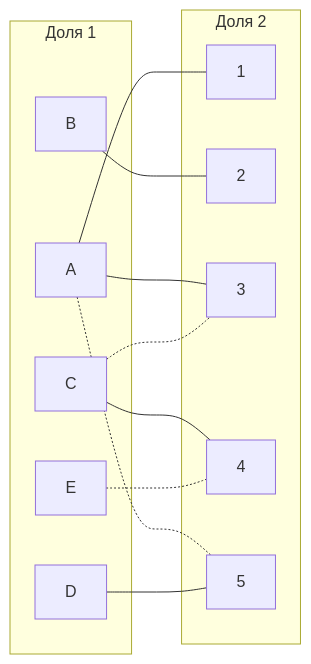
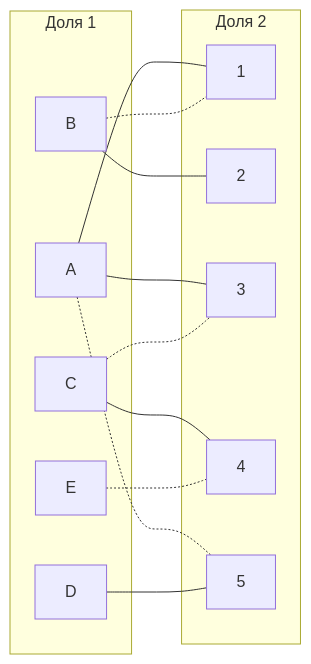
The sixth of 9 diagrams in task_13/Mysterious_task_13.md (HSE-algo-23-crow/manual_tasks), drawn with Mermaid before and after one commit. The commit also changed other lines of this file, not shown here.

````diff
--- a/task_13/Mysterious_task_13.md
+++ b/task_13/Mysterious_task_13.md
@@ -217,25 +217,26 @@
 ```mermaid
 graph LR
     subgraph "Доля 1"
         A[A]
         B[B]
         C[C]
         D[D]
         E[E]
     end
     subgraph "Доля 2"
         1[1]
         2[2]
         3[3]
         4[4]
         5[5]
     end
     A --- 1
     A --- 3
     A -.- 5
     B --- 2
+    B -.- 1
     C -.- 3
     C --- 4
     D --- 5
     E -.- 4
 ```
````
